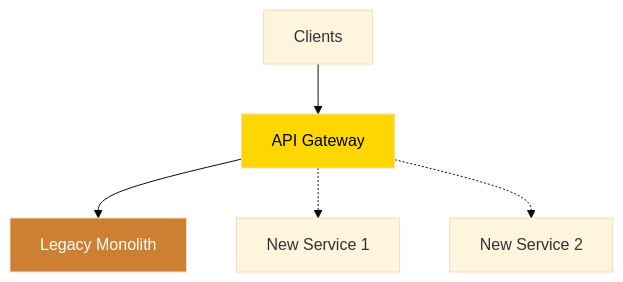
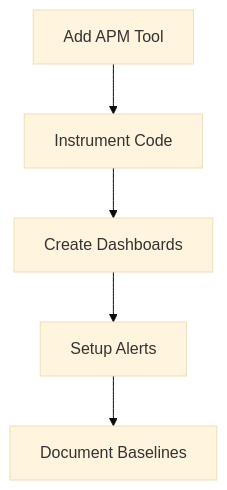
The second of 3 diagrams in docs/excellence/excellence-journeys/legacy-modernization.md (deepaucksharma/DStudio), drawn with Mermaid (base theme) before and after one commit. The commit also changed other lines of this file and 4 other files, not shown here.

````diff
--- a/docs/excellence/excellence-journeys/legacy-modernization.md
+++ b/docs/excellence/excellence-journeys/legacy-modernization.md
@@ -147,10 +84,7 @@
 ```mermaid
 graph TB
-    Client[Clients] --> AG[API Gateway]
-    AG --> L[Legacy Monolith]
-    AG -.-> N1[New Service 1]
-    AG -.-> N2[New Service 2]
-    
-    style AG fill:#FFD700,color:#000
-    style L fill:#CD7F32,color:#fff
+    A[Add APM Tool] --> B[Instrument Code]
+    B --> C[Create Dashboards]
+    C --> D[Setup Alerts]
+    D --> E[Document Baselines]
 ```
````
